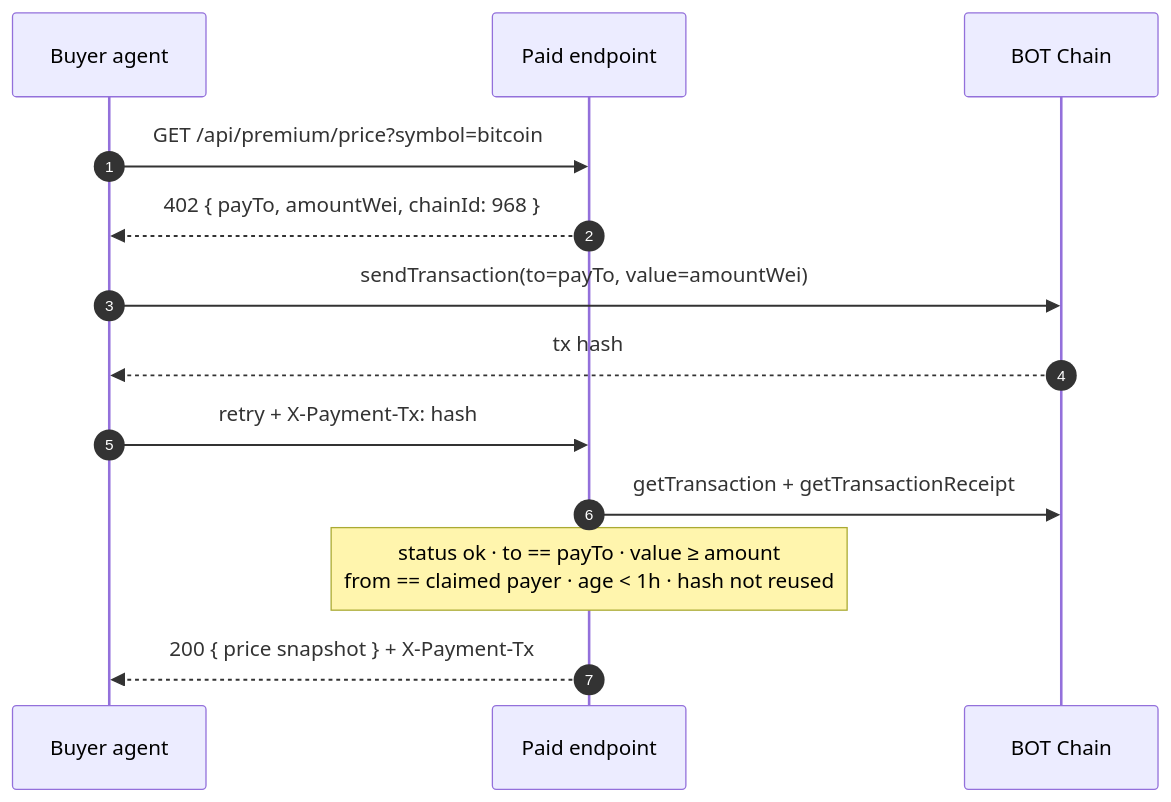
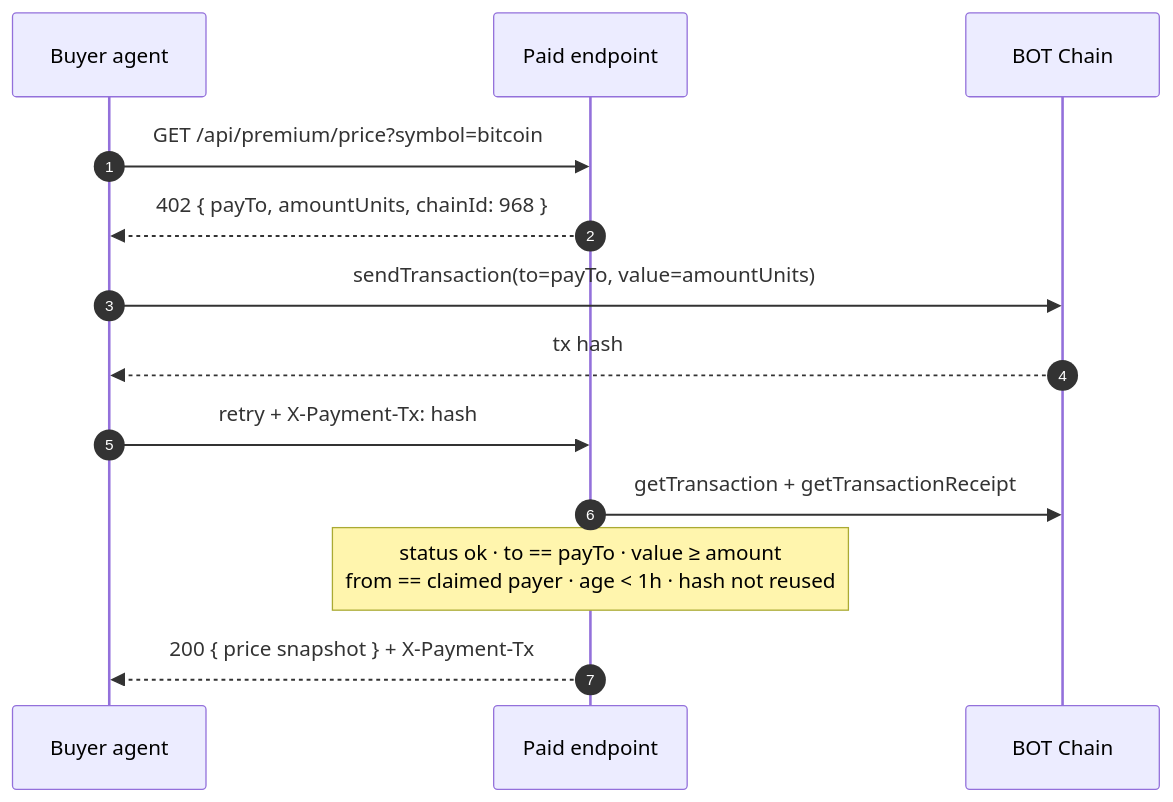
One commit to enliven17/mimir-base changed the ninth of 11 diagrams in README.md. Above: the diagram before and after it, drawn with Mermaid. The commit also changed other lines of this file and 87 other files, not shown here.

````diff
--- a/README.md
+++ b/README.md
@@ -380,16 +380,16 @@
 ```mermaid
 sequenceDiagram
     autonumber
     participant Buyer as Buyer agent
     participant API as Paid endpoint
     participant Chain as BOT Chain
 
     Buyer->>API: GET /api/premium/price?symbol=bitcoin
-    API-->>Buyer: 402 { payTo, amountWei, chainId: 968 }
-    Buyer->>Chain: sendTransaction(to=payTo, value=amountWei)
+    API-->>Buyer: 402 { payTo, amountUnits, chainId: 968 }
+    Buyer->>Chain: sendTransaction(to=payTo, value=amountUnits)
     Chain-->>Buyer: tx hash
     Buyer->>API: retry + X-Payment-Tx: hash
     API->>Chain: getTransaction + getTransactionReceipt
     Note over API: status ok · to == payTo · value ≥ amount<br/>from == claimed payer · age < 1h · hash not reused
     API-->>Buyer: 200 { price snapshot } + X-Payment-Tx
 ```
````
